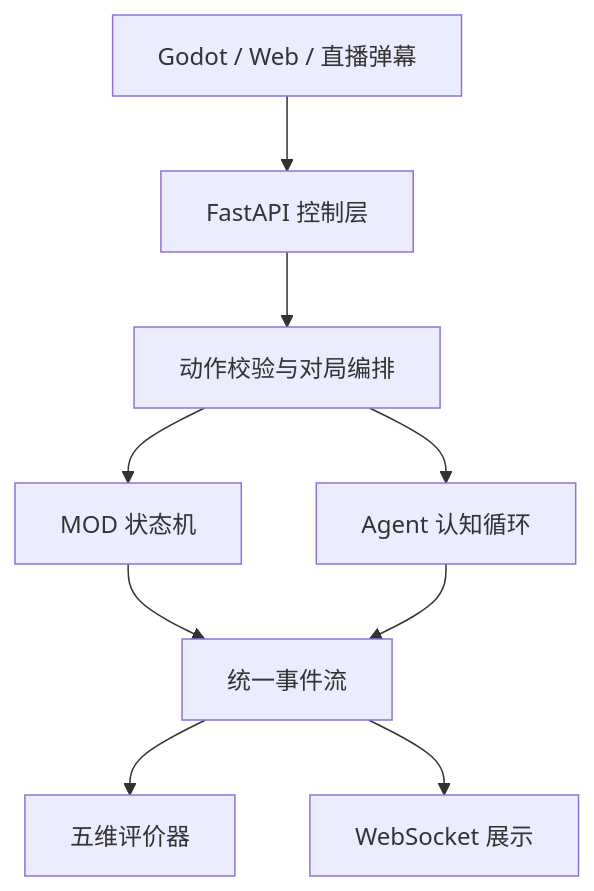
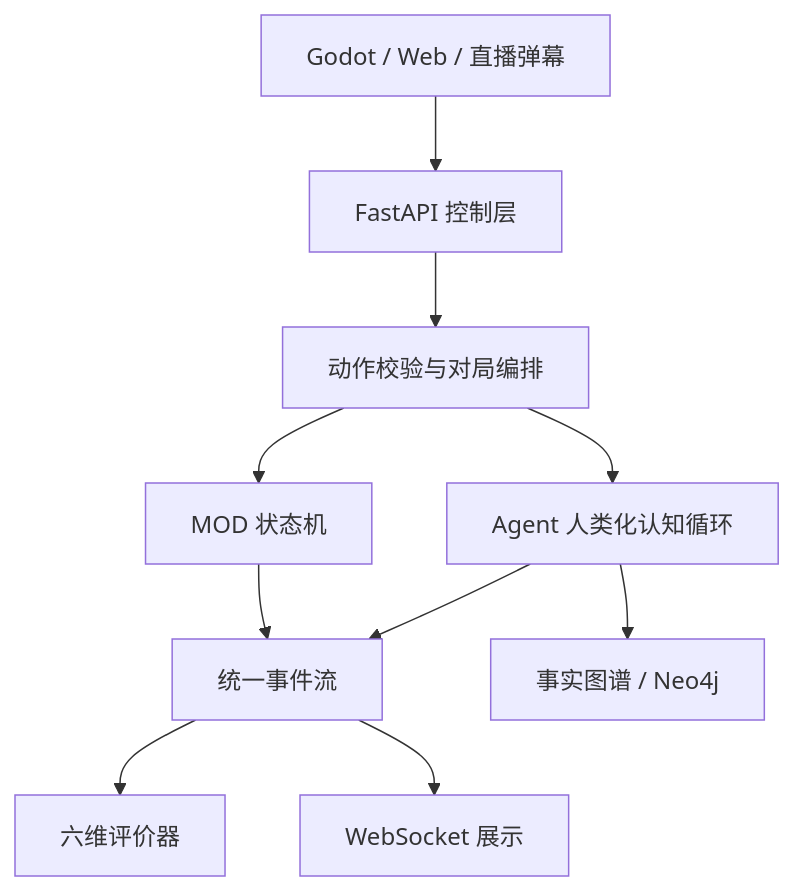
Before and after one commit to vrwanderers/human-vs-agent-engine: the diagram in docs/ARCHITECTURE.md, drawn with Mermaid. The commit also changed other lines of this file and 23 other files, not shown here.

Commit message:
Add human-like cognition, narrative identity, and fact graph

````diff
--- a/docs/ARCHITECTURE.md
+++ b/docs/ARCHITECTURE.md
@@ -5,11 +5,12 @@
 ```mermaid
 flowchart TD
   A[Godot / Web / 直播弹幕] --> B[FastAPI 控制层]
   B --> C[动作校验与对局编排]
   C --> D[MOD 状态机]
-  C --> E[Agent 认知循环]
+  C --> E[Agent 人类化认知循环]
   D --> F[统一事件流]
   E --> F
-  F --> G[五维评价器]
+  E --> I[事实图谱 / Neo4j]
+  F --> G[六维评价器]
   F --> H[WebSocket 展示]
 ```
````
